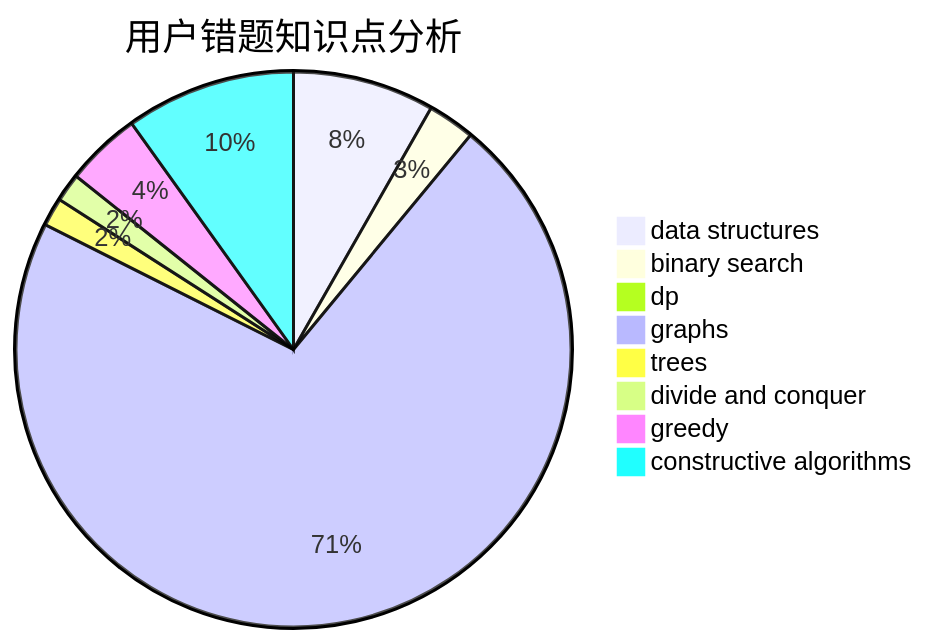
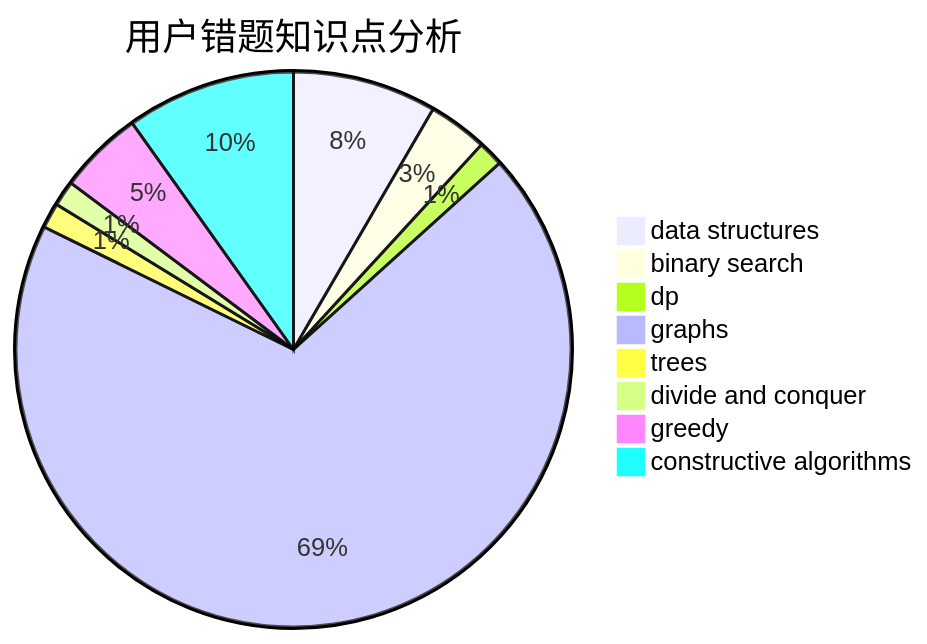
One commit to sherpahu/cfrs.github.io changed the third of 3 diagrams in docs/user/u601.md. Above: the diagram before and after it, drawn with Mermaid. The commit also changed other lines of this file and 2770 other files, not shown here.

````diff
--- a/docs/user/u601.md
+++ b/docs/user/u601.md
@@ -36,11 +36,11 @@
 ```mermaid
 pie title 用户错题知识点分析
-    "data structures" :  15
-    "binary search" :  5
-    "dp" :  1
-    "graphs" :  130
+    "data structures" :  17
+    "binary search" :  7
+    "dp" :  3
+    "graphs" :  140
     "trees" :  3
     "divide and conquer" :  3
-    "greedy" :  8
-    "constructive algorithms" :  18
+    "greedy" :  10
+    "constructive algorithms" :  20
 ```
````
